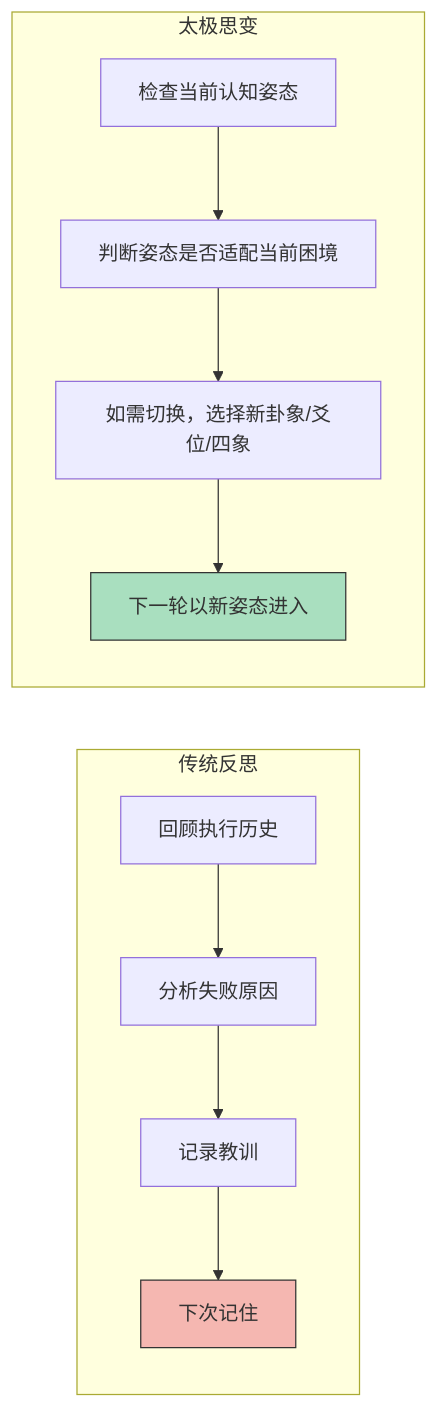
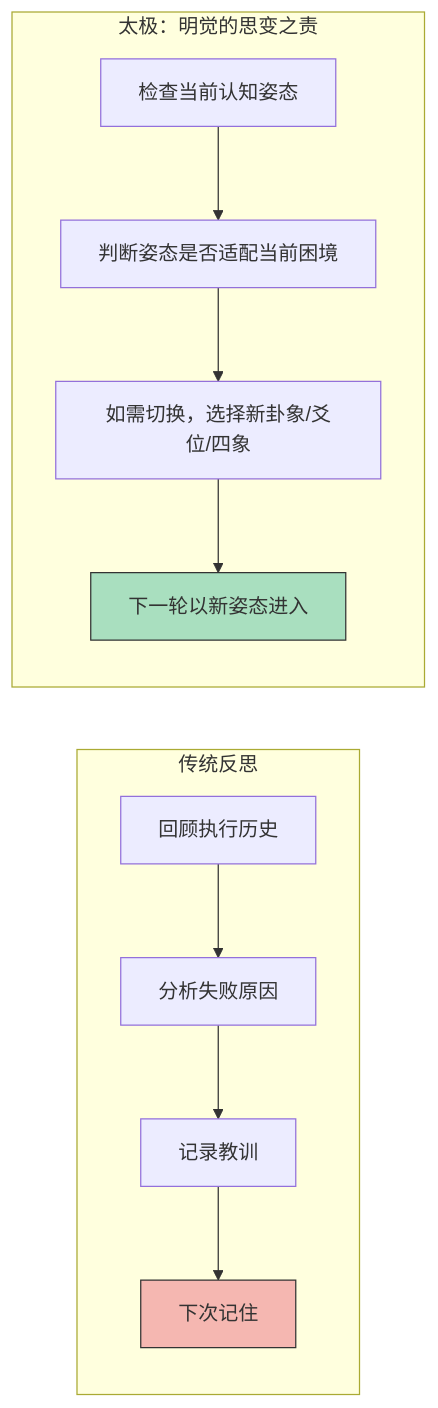
One commit to wenge6090-cell/Taiji changed the first of 2 diagrams in docs/实战篇-17-从卡住到破局-六爻思变环节.md. Above: the diagram before and after it, drawn with Mermaid. The commit also changed other lines of this file and 163 other files, not shown here.

````diff
--- a/docs/实战篇-17-从卡住到破局-六爻思变环节.md
+++ b/docs/实战篇-17-从卡住到破局-六爻思变环节.md
@@ -99,17 +97,17 @@
 ```mermaid
 graph LR
     subgraph "传统反思"
         A["回顾执行历史"] --> B["分析失败原因"]
         B --> C["记录教训"]
         C --> D["下次记住"]
     end
     
-    subgraph "太极思变"
+    subgraph "太极：明觉的思变之责"
         E["检查当前认知姿态"] --> F["判断姿态是否适配当前困境"]
         F --> G["如需切换，选择新卦象/爻位/四象"]
         G --> H["下一轮以新姿态进入"]
     end
     
     style D fill:#f5b7b1,stroke:#333
     style H fill:#a9dfbf,stroke:#333
 ```
````
